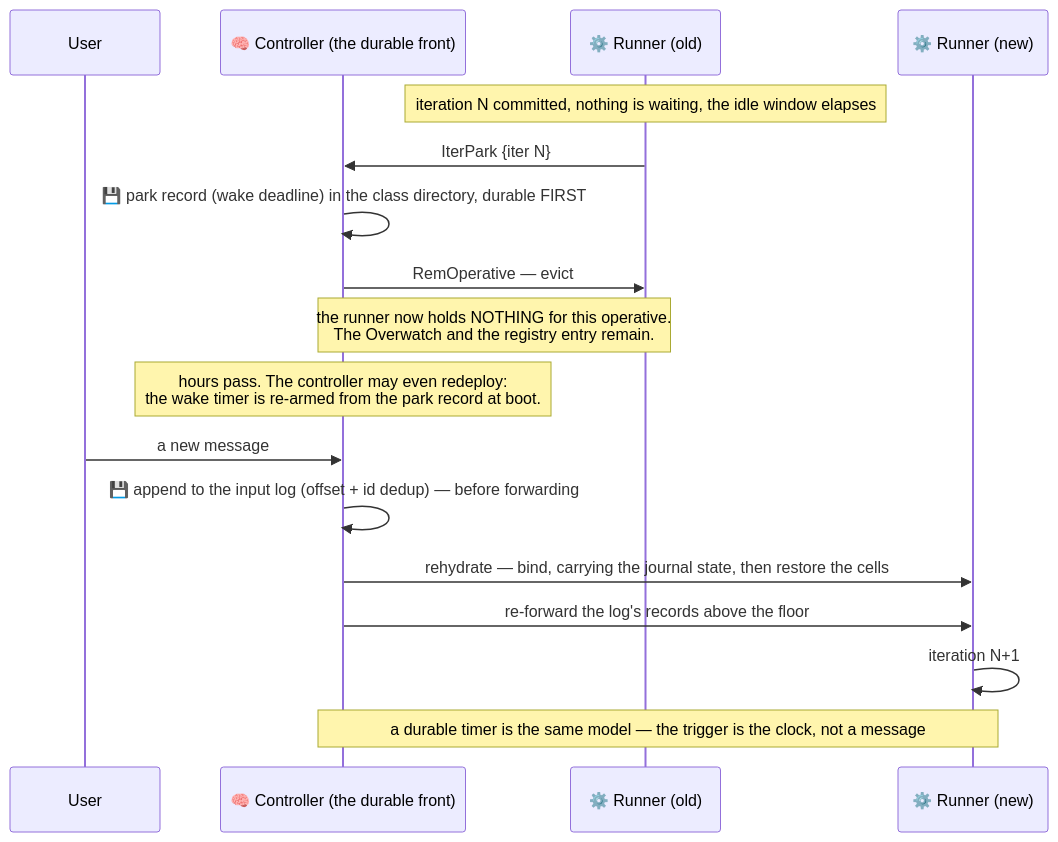
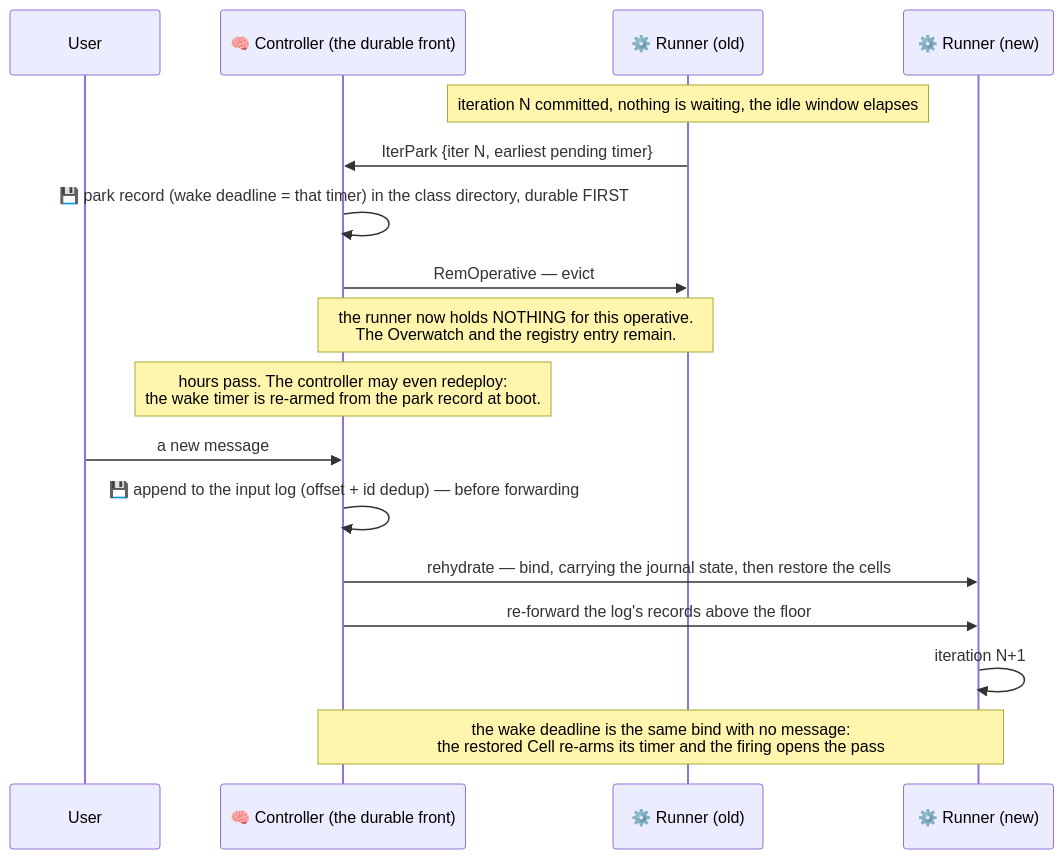
The seventh of 8 diagrams in docs/architecture/workflow_profile.md (Flezha/flezha), drawn with Mermaid before and after one commit. The commit also changed other lines of this file and 68 other files, not shown here.

````diff
--- a/docs/architecture/workflow_profile.md
+++ b/docs/architecture/workflow_profile.md
@@ -349,22 +349,22 @@
 ```mermaid
 sequenceDiagram
     participant USER as User
     participant CTRL as 🧠 Controller (the durable front)
     participant EX1 as ⚙️ Runner (old)
     participant EX2 as ⚙️ Runner (new)
 
     Note over EX1: iteration N committed, nothing is waiting, the idle window elapses
-    EX1->>CTRL: IterPark {iter N}
-    CTRL->>CTRL: 💾 park record (wake deadline) in the class directory, durable FIRST
+    EX1->>CTRL: IterPark {iter N, earliest pending timer}
+    CTRL->>CTRL: 💾 park record (wake deadline = that timer) in the class directory, durable FIRST
     CTRL->>EX1: RemOperative — evict
     Note over CTRL,EX1: the runner now holds NOTHING for this operative.<br/>The Overwatch and the registry entry remain.
 
     Note over CTRL: hours pass. The controller may even redeploy:<br/>the wake timer is re-armed from the park record at boot.
 
     USER->>CTRL: a new message
     CTRL->>CTRL: 💾 append to the input log (offset + id dedup) — before forwarding
     CTRL->>EX2: rehydrate — bind, carrying the journal state, then restore the cells
     CTRL->>EX2: re-forward the log's records above the floor
     EX2->>EX2: iteration N+1
-    Note over CTRL,EX2: a durable timer is the same model — the trigger is the clock, not a message
+    Note over CTRL,EX2: the wake deadline is the same bind with no message:<br/>the restored Cell re-arms its timer and the firing opens the pass
 ```
````
